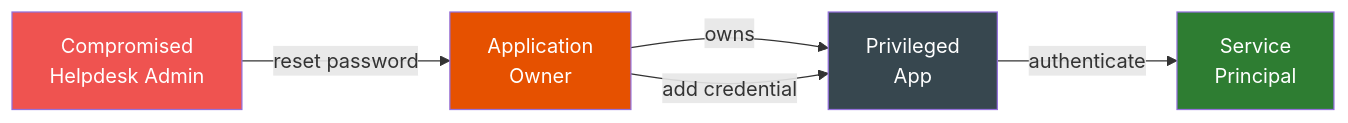
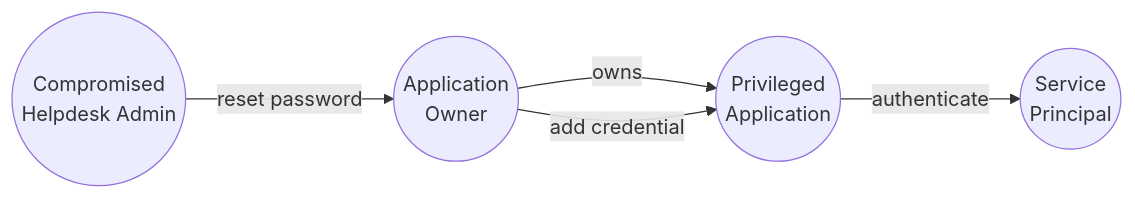
One commit to mvelazc0/BadZure changed the fifth of 6 diagrams in docs/attack-paths/app-ownership-abuse.md. Above: the diagram before and after it, drawn with Mermaid. The commit also changed other lines of this file and 5 other files, not shown here.

Commit message:
improving documentation graphs

````diff
--- a/docs/attack-paths/app-ownership-abuse.md
+++ b/docs/attack-paths/app-ownership-abuse.md
@@ -82,12 +73,7 @@
     ``` mermaid
     graph LR
-        H["Compromised<br/>Helpdesk Admin"] -->|"reset password"| U["Application<br/>Owner"]
-        U -->|"owns"| APP["Privileged<br/>App"]
+        H(("Compromised<br/>Helpdesk Admin")) -->|"reset password"| U(("Application<br/>Owner"))
+        U -->|"owns"| APP(("Privileged<br/>Application"))
         U -->|"add credential"| APP
-        APP -->|"authenticate"| SP["Service<br/>Principal"]
-
-        style H fill:#ef5350,color:#fff
-        style U fill:#e65100,color:#fff
-        style APP fill:#37474f,color:#fff
-        style SP fill:#2e7d32,color:#fff
+        APP -->|"authenticate"| SP(("Service<br/>Principal"))
     ```
````
